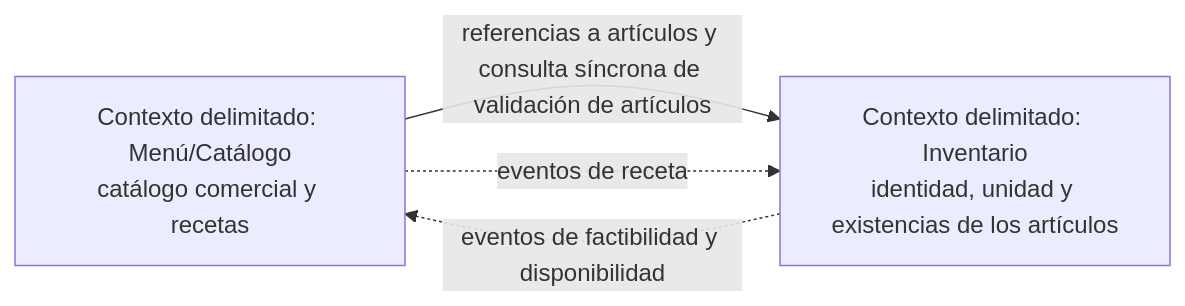
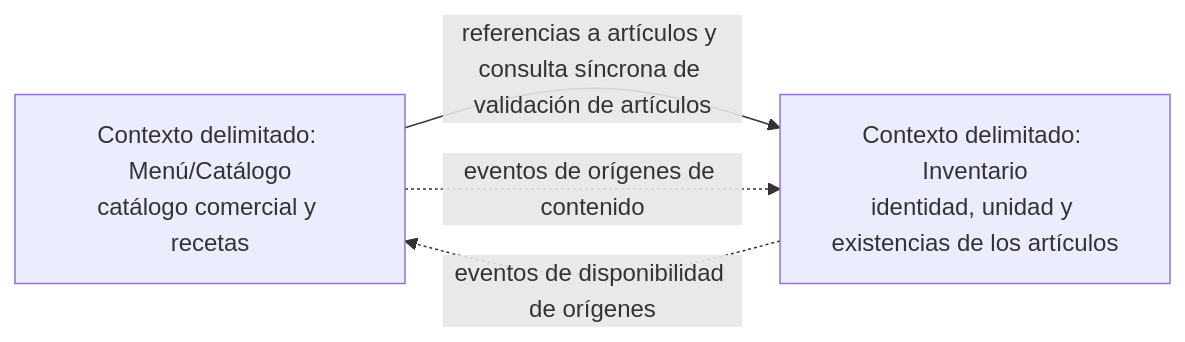
One commit to FMAT-Restaurant/Menu-Documentation changed the seventh of 7 diagrams in docs/ers/architechture.md. Above: the diagram before and after it, drawn with Mermaid. The commit also changed other lines of this file and 19 other files, not shown here.

````diff
--- a/docs/ers/architechture.md
+++ b/docs/ers/architechture.md
@@ -278,6 +278,6 @@
 ```mermaid
 flowchart LR
     Catalog["Contexto delimitado: Menú/Catálogo<br/>catálogo comercial y recetas"] -->|referencias a artículos y consulta síncrona de validación de artículos| Inventory["Contexto delimitado: Inventario<br/>identidad, unidad y existencias de los artículos"]
-    Catalog -.->|eventos de receta| Inventory
-    Inventory -.->|eventos de factibilidad y disponibilidad| Catalog
+    Catalog -.->|eventos de orígenes de contenido| Inventory
+    Inventory -.->|eventos de disponibilidad de orígenes| Catalog
 ```
````
